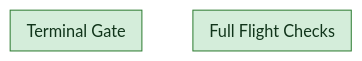
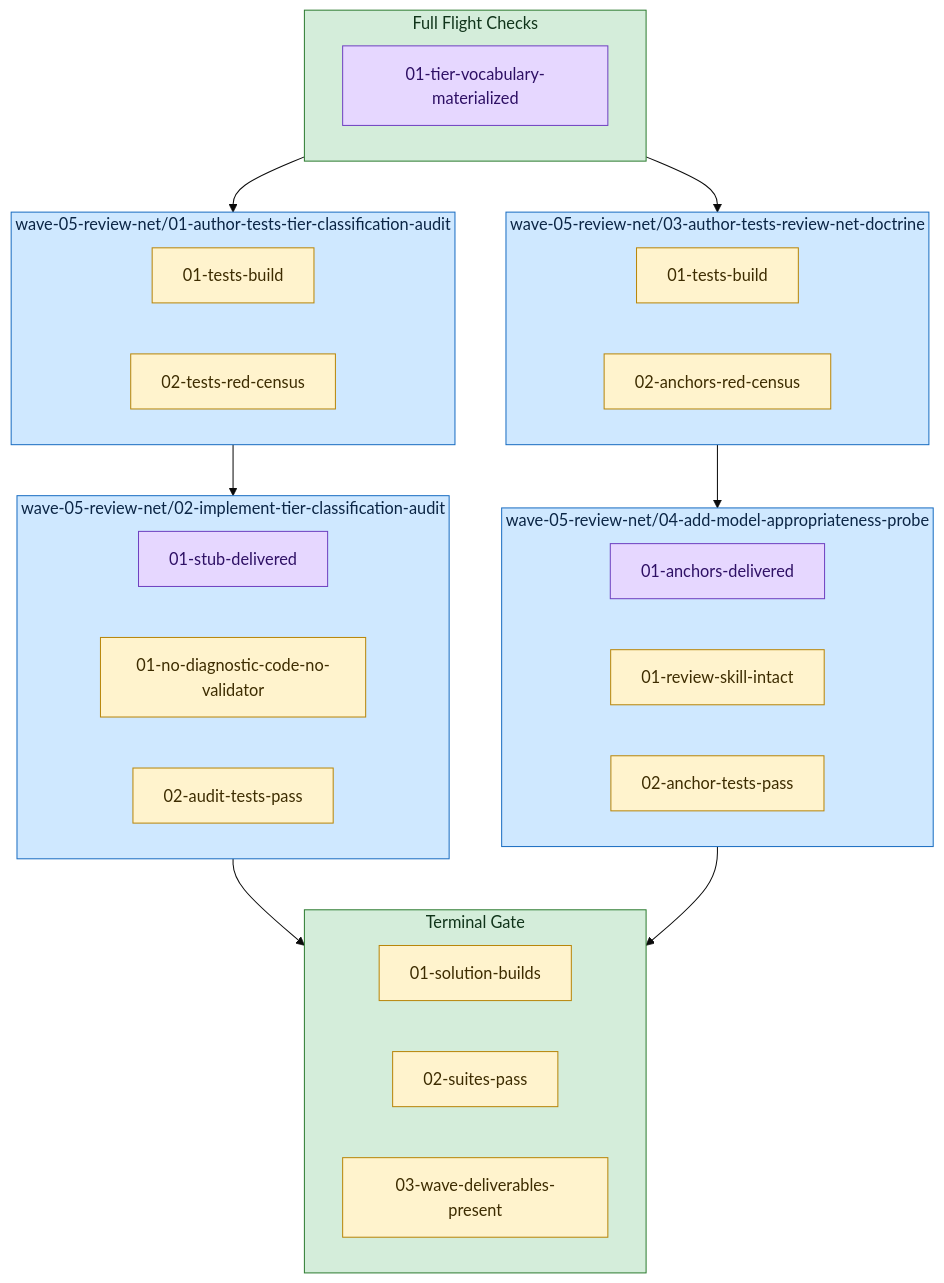
Before and after one commit to Servant-Software-LLC/Guardrails: the diagram in docs/plans/model-tiering-stage-3/wave-05-review-net/diagram.md, drawn with Mermaid (base theme). The commit also changed other lines of this file and 36 other files, not shown here.

First line of the commit message:
review(wave-05): no findings — the last wave, and the conventions arrived on their own

````diff
--- a/docs/plans/model-tiering-stage-3/wave-05-review-net/diagram.md
+++ b/docs/plans/model-tiering-stage-3/wave-05-review-net/diagram.md
@@ -3,11 +3,43 @@
 ```mermaid
 flowchart TD
   subgraph plan_preflights["Full Flight Checks"]
+    plan_preflights_0["01-tier-vocabulary-materialized"]:::preflight
   end
   style plan_preflights fill:#d4edda,stroke:#2e7d32,color:#10341a;
+  subgraph task_wave_05_review_net_01_author_tests_tier_classification_audit["wave-05-review-net/01-author-tests-tier-classification-audit"]
+    task_wave_05_review_net_01_author_tests_tier_classification_audit_gr_0["01-tests-build"]:::guardrail
+    task_wave_05_review_net_01_author_tests_tier_classification_audit_gr_1["02-tests-red-census"]:::guardrail
+  end
+  style task_wave_05_review_net_01_author_tests_tier_classification_audit fill:#cfe8ff,stroke:#1b6ec2,color:#0b2545;
+  subgraph task_wave_05_review_net_02_implement_tier_classification_audit["wave-05-review-net/02-implement-tier-classification-audit"]
+    task_wave_05_review_net_02_implement_tier_classification_audit_pf_0["01-stub-delivered"]:::preflight
+    task_wave_05_review_net_02_implement_tier_classification_audit_gr_0["01-no-diagnostic-code-no-validator"]:::guardrail
+    task_wave_05_review_net_02_implement_tier_classification_audit_gr_1["02-audit-tests-pass"]:::guardrail
+  end
+  style task_wave_05_review_net_02_implement_tier_classification_audit fill:#cfe8ff,stroke:#1b6ec2,color:#0b2545;
+  subgraph task_wave_05_review_net_03_author_tests_review_net_doctrine["wave-05-review-net/03-author-tests-review-net-doctrine"]
+    task_wave_05_review_net_03_author_tests_review_net_doctrine_gr_0["01-tests-build"]:::guardrail
+    task_wave_05_review_net_03_author_tests_review_net_doctrine_gr_1["02-anchors-red-census"]:::guardrail
+  end
+  style task_wave_05_review_net_03_author_tests_review_net_doctrine fill:#cfe8ff,stroke:#1b6ec2,color:#0b2545;
+  subgraph task_wave_05_review_net_04_add_model_appropriateness_probe["wave-05-review-net/04-add-model-appropriateness-probe"]
+    task_wave_05_review_net_04_add_model_appropriateness_probe_pf_0["01-anchors-delivered"]:::preflight
+    task_wave_05_review_net_04_add_model_appropriateness_probe_gr_0["01-review-skill-intact"]:::guardrail
+    task_wave_05_review_net_04_add_model_appropriateness_probe_gr_1["02-anchor-tests-pass"]:::guardrail
+  end
+  style task_wave_05_review_net_04_add_model_appropriateness_probe fill:#cfe8ff,stroke:#1b6ec2,color:#0b2545;
   subgraph plan_guardrails["Terminal Gate"]
+    plan_guardrails_0["01-solution-builds"]:::guardrail
+    plan_guardrails_1["02-suites-pass"]:::guardrail
+    plan_guardrails_2["03-wave-deliverables-present"]:::guardrail
   end
   style plan_guardrails fill:#d4edda,stroke:#2e7d32,color:#10341a;
+  plan_preflights --> task_wave_05_review_net_01_author_tests_tier_classification_audit
+  plan_preflights --> task_wave_05_review_net_03_author_tests_review_net_doctrine
+  task_wave_05_review_net_01_author_tests_tier_classification_audit --> task_wave_05_review_net_02_implement_tier_classification_audit
+  task_wave_05_review_net_03_author_tests_review_net_doctrine --> task_wave_05_review_net_04_add_model_appropriateness_probe
+  task_wave_05_review_net_02_implement_tier_classification_audit --> plan_guardrails
+  task_wave_05_review_net_04_add_model_appropriateness_probe --> plan_guardrails
   classDef preflight fill:#e6d7ff,stroke:#6f42c1,color:#2e1065;
   classDef guardrail fill:#fff3cd,stroke:#b8860b,color:#3d2c00;
 ```
````
